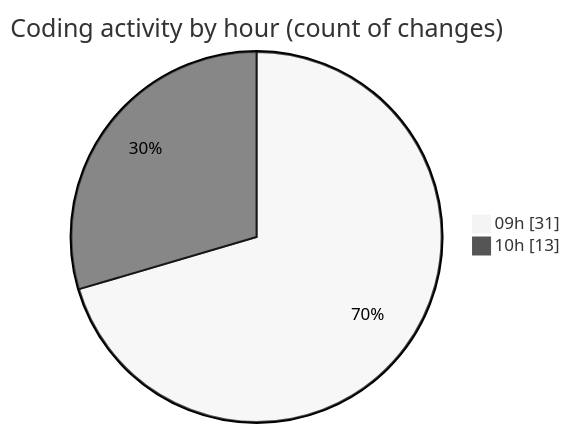
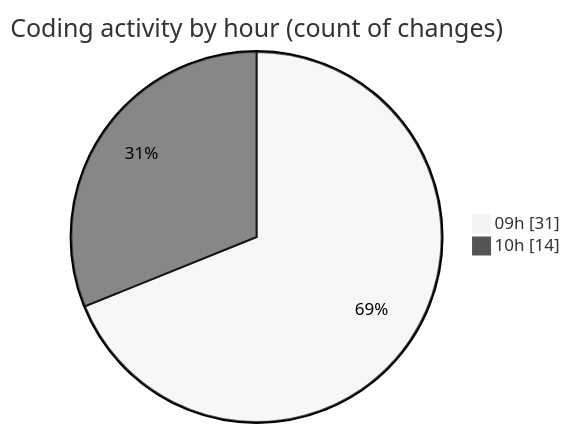
The second of 2 diagrams in 2025-03-05/termonied_testador/README.md (robertbonfada/code-tracking), drawn with Mermaid (neutral theme) before and after one commit. The commit also changed other lines of this file and 1 other file, not shown here.

````diff
--- a/2025-03-05/termonied_testador/README.md
+++ b/2025-03-05/termonied_testador/README.md
@@ -34,6 +35,6 @@
 ```mermaid
 pie showData
 title Coding activity by hour (count of changes)
 "09h" : 31
-"10h" : 13
+"10h" : 14
 ```
````
